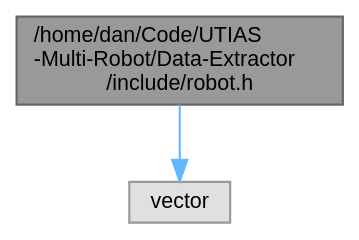
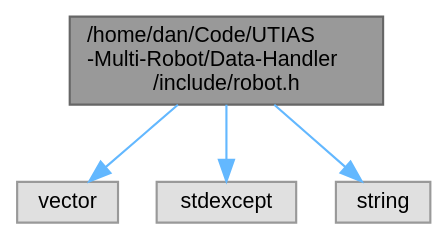
The diagram in docs/robot_8h__incl.dot (DanielIngham/Cooperative-Positioning-Data-Handler), drawn with Graphviz before and after one commit. The commit also changed 62 other files, not shown here.

```diff
--- a/docs/robot_8h__incl.dot
+++ b/docs/robot_8h__incl.dot
@@ -1,10 +1,14 @@
-digraph "/home/dan/Code/UTIAS-Multi-Robot/Data-Extractor/include/robot.h"
+digraph "/home/dan/Code/UTIAS-Multi-Robot/Data-Handler/include/robot.h"
 {
  // LATEX_PDF_SIZE
   bgcolor="transparent";
   edge [fontname=Helvetica,fontsize=10,labelfontname=Helvetica,labelfontsize=10];
   node [fontname=Helvetica,fontsize=10,shape=box,height=0.2,width=0.4];
-  Node1 [id="Node000001",label="/home/dan/Code/UTIAS\l-Multi-Robot/Data-Extractor\l/include/robot.h",height=0.2,width=0.4,color="gray40", fillcolor="grey60", style="filled", fontcolor="black",tooltip=" "];
+  Node1 [id="Node000001",label="/home/dan/Code/UTIAS\l-Multi-Robot/Data-Handler\l/include/robot.h",height=0.2,width=0.4,color="gray40", fillcolor="grey60", style="filled", fontcolor="black",tooltip="Header file of the Robot class."];
   Node1 -> Node2 [id="edge1_Node000001_Node000002",color="steelblue1",style="solid",tooltip=" "];
   Node2 [id="Node000002",label="vector",height=0.2,width=0.4,color="grey60", fillcolor="#E0E0E0", style="filled",tooltip=" "];
+  Node1 -> Node3 [id="edge2_Node000001_Node000003",color="steelblue1",style="solid",tooltip=" "];
+  Node3 [id="Node000003",label="stdexcept",height=0.2,width=0.4,color="grey60", fillcolor="#E0E0E0", style="filled",tooltip=" "];
+  Node1 -> Node4 [id="edge3_Node000001_Node000004",color="steelblue1",style="solid",tooltip=" "];
+  Node4 [id="Node000004",label="string",height=0.2,width=0.4,color="grey60", fillcolor="#E0E0E0", style="filled",tooltip=" "];
 }
```
